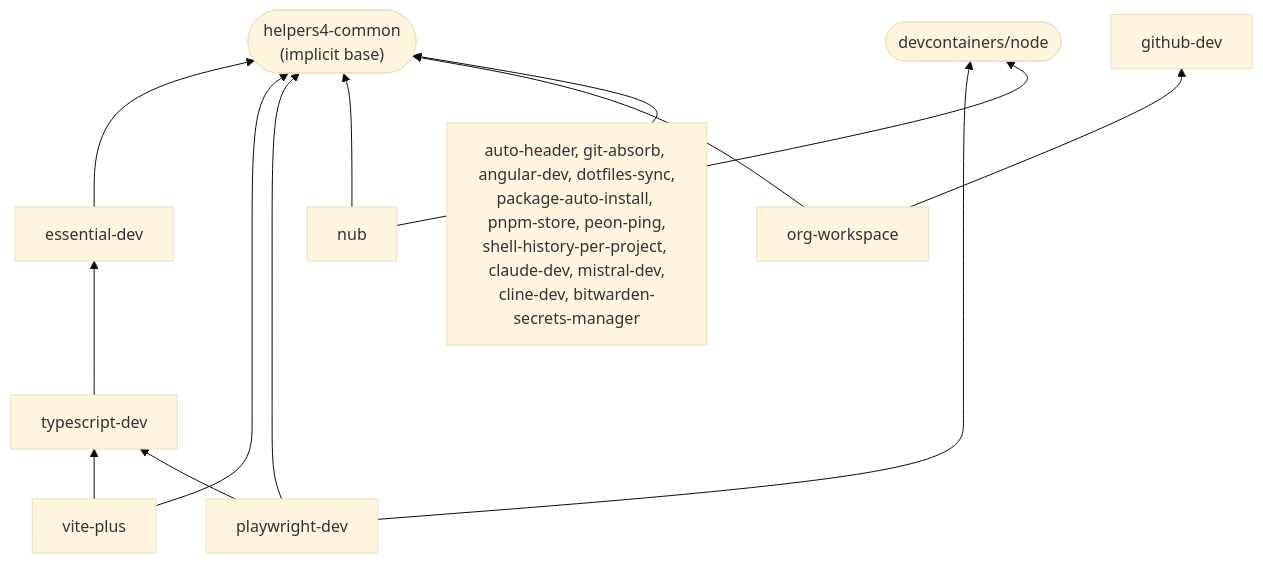
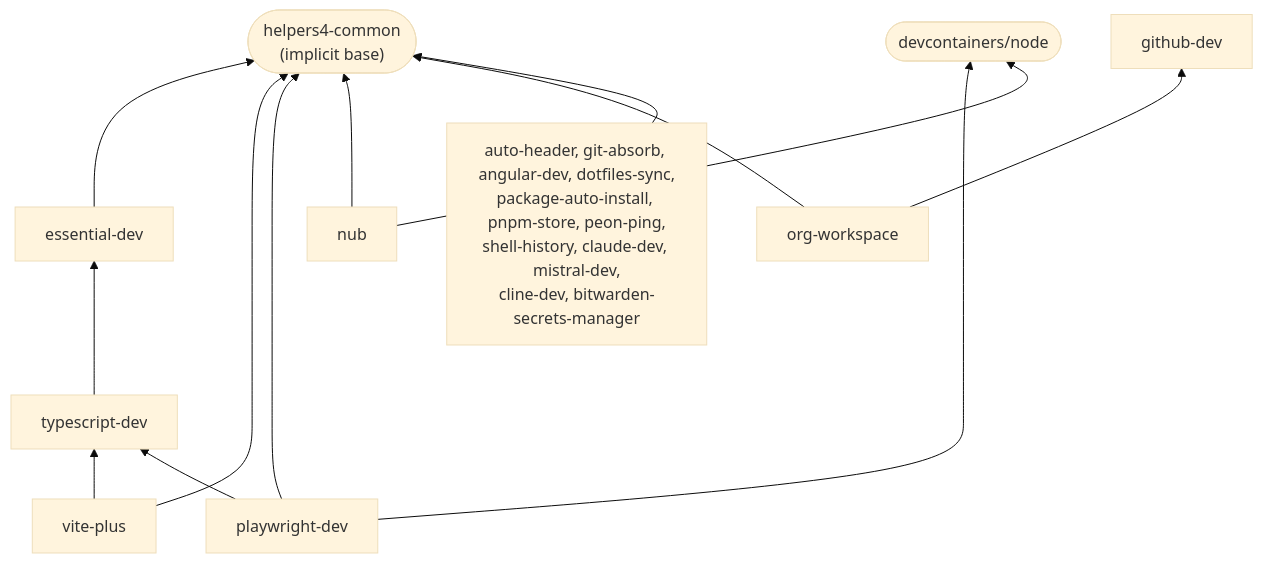
The diagram in README.md (helpers4/devcontainer), drawn with Mermaid (base theme) before and after one commit. The commit also changed other lines of this file and 13 other files, not shown here.

First line of the commit message:
feat(shell-history): ✨ replace shell-history-per-project, history in a volume

````diff
--- a/README.md
+++ b/README.md
@@ -347,20 +345,20 @@
 ```mermaid
 flowchart BT
     common(["helpers4-common<br/>(implicit base)"])
     node(["devcontainers/node"])
     github["github-dev"]
 
     essential["essential-dev"] --> common
     typescript["typescript-dev"] --> essential
     vite["vite-plus"] --> typescript
     vite --> common
     playwright["playwright-dev"] --> typescript
     playwright --> node
     playwright --> common
     nub["nub"] --> node
     nub --> common
     org["org-workspace"] --> github
     org --> common
 
-    leaves["auto-header, git-absorb, angular-dev, dotfiles-sync,<br/>package-auto-install, pnpm-store, peon-ping,<br/>shell-history-per-project, claude-dev, mistral-dev,<br/>cline-dev, bitwarden-secrets-manager"] --> common
+    leaves["auto-header, git-absorb, angular-dev, dotfiles-sync,<br/>package-auto-install, pnpm-store, peon-ping,<br/>shell-history, claude-dev, mistral-dev,<br/>cline-dev, bitwarden-secrets-manager"] --> common
 ```
````
